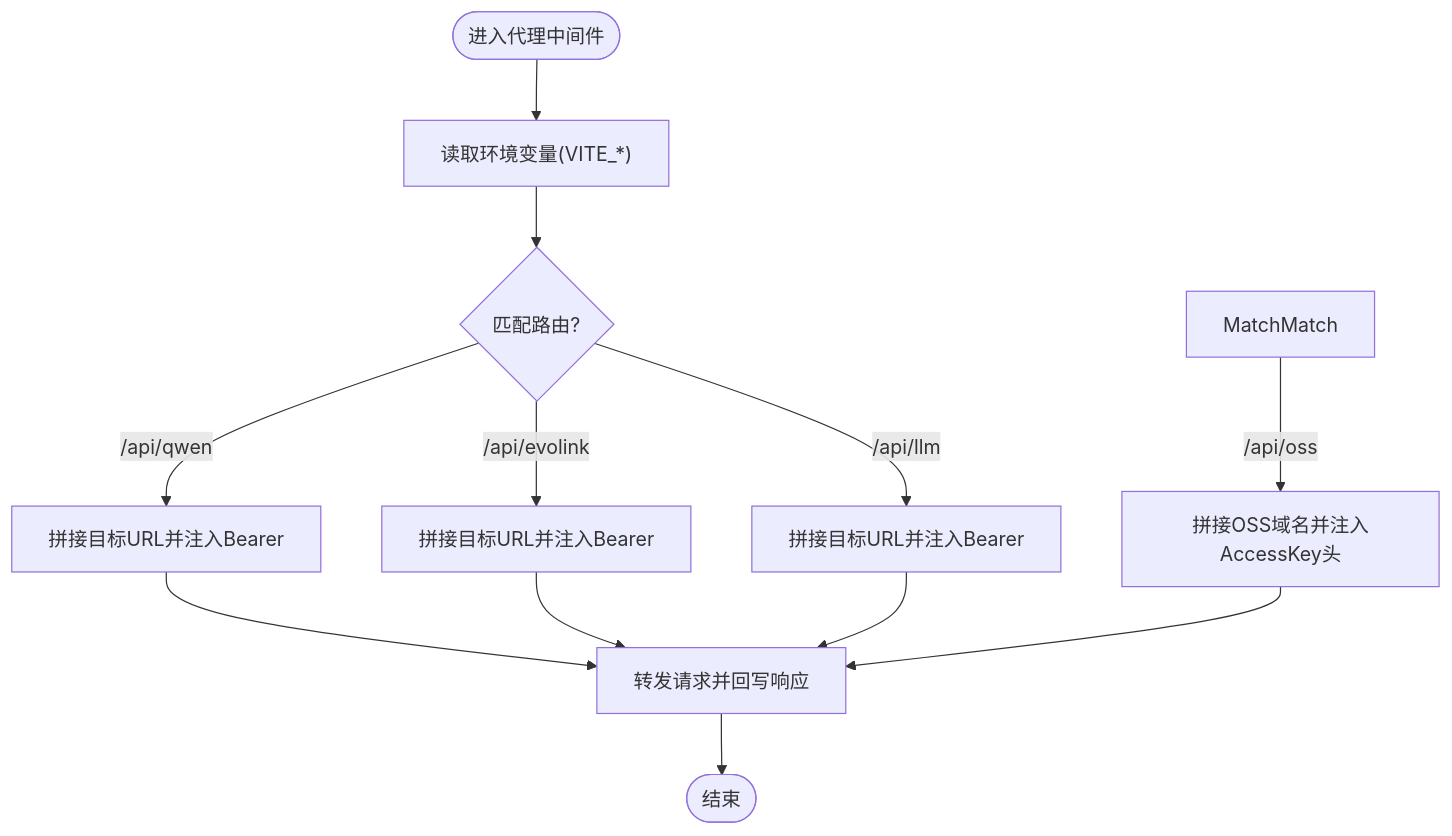
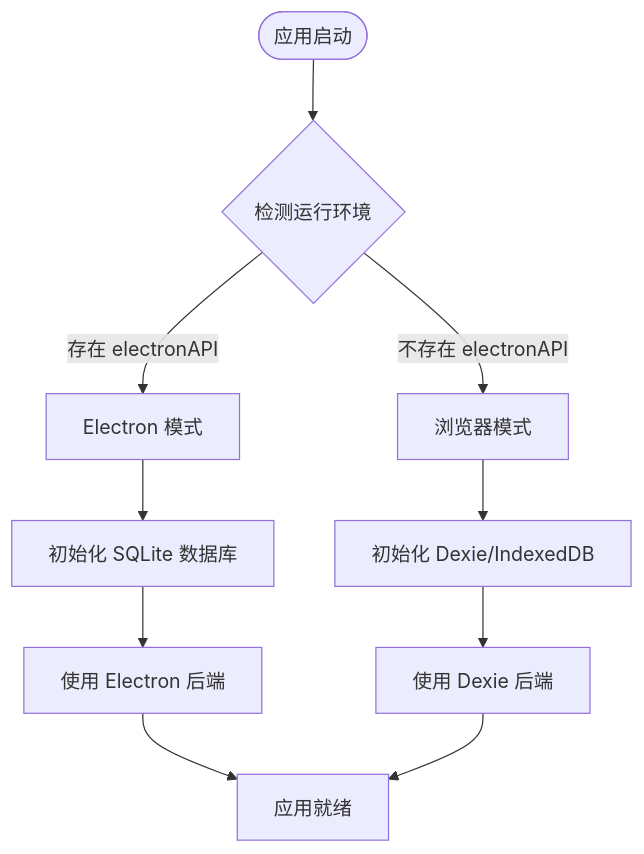
One commit to AlbusWei/AI-Image-Studio changed the third of 4 diagrams in .qoder/repowiki/zh/content/部署指南.md. Above: the diagram before and after it, drawn with Mermaid. The commit also changed other lines of this file and 37 other files, not shown here.

First line of the commit message:
feat: 统一数据源 - 浏览器和 Electron 共享同一 SQLite 数据库

````diff
--- a/.qoder/repowiki/zh/content/部署指南.md
+++ b/.qoder/repowiki/zh/content/部署指南.md
@@ -133,14 +156,12 @@
 ```mermaid
 flowchart TD
-Start(["进入代理中间件"]) --> LoadEnv["读取环境变量(VITE_*)"]
-LoadEnv --> MatchRoute{"匹配路由?"}
-MatchRoute --> |/api/qwen| QWEN["拼接目标URL并注入Bearer"]
-MatchRoute --> |/api/evolink| EVOLINK["拼接目标URL并注入Bearer"]
-MatchRoute --> |/api/llm| LLM["拼接目标URL并注入Bearer"]
-MatchMatch --> |/api/oss| OSS["拼接OSS域名并注入AccessKey头"]
-QWEN --> Forward["转发请求并回写响应"]
-EVOLINK --> Forward
-LLM --> Forward
-OSS --> Forward
-Forward --> End(["结束"])
+Start(["应用启动"]) --> CheckEnv{"检测运行环境"}
+CheckEnv --> |存在 electronAPI| ElectronMode["Electron 模式"]
+CheckEnv --> |不存在 electronAPI| BrowserMode["浏览器模式"]
+ElectronMode --> InitSQLite["初始化 SQLite 数据库"]
+BrowserMode --> InitDexie["初始化 Dexie/IndexedDB"]
+InitSQLite --> UseElectronBackend["使用 Electron 后端"]
+InitDexie --> UseDexieBackend["使用 Dexie 后端"]
+UseElectronBackend --> AppReady["应用就绪"]
+UseDexieBackend --> AppReady
 ```
````
